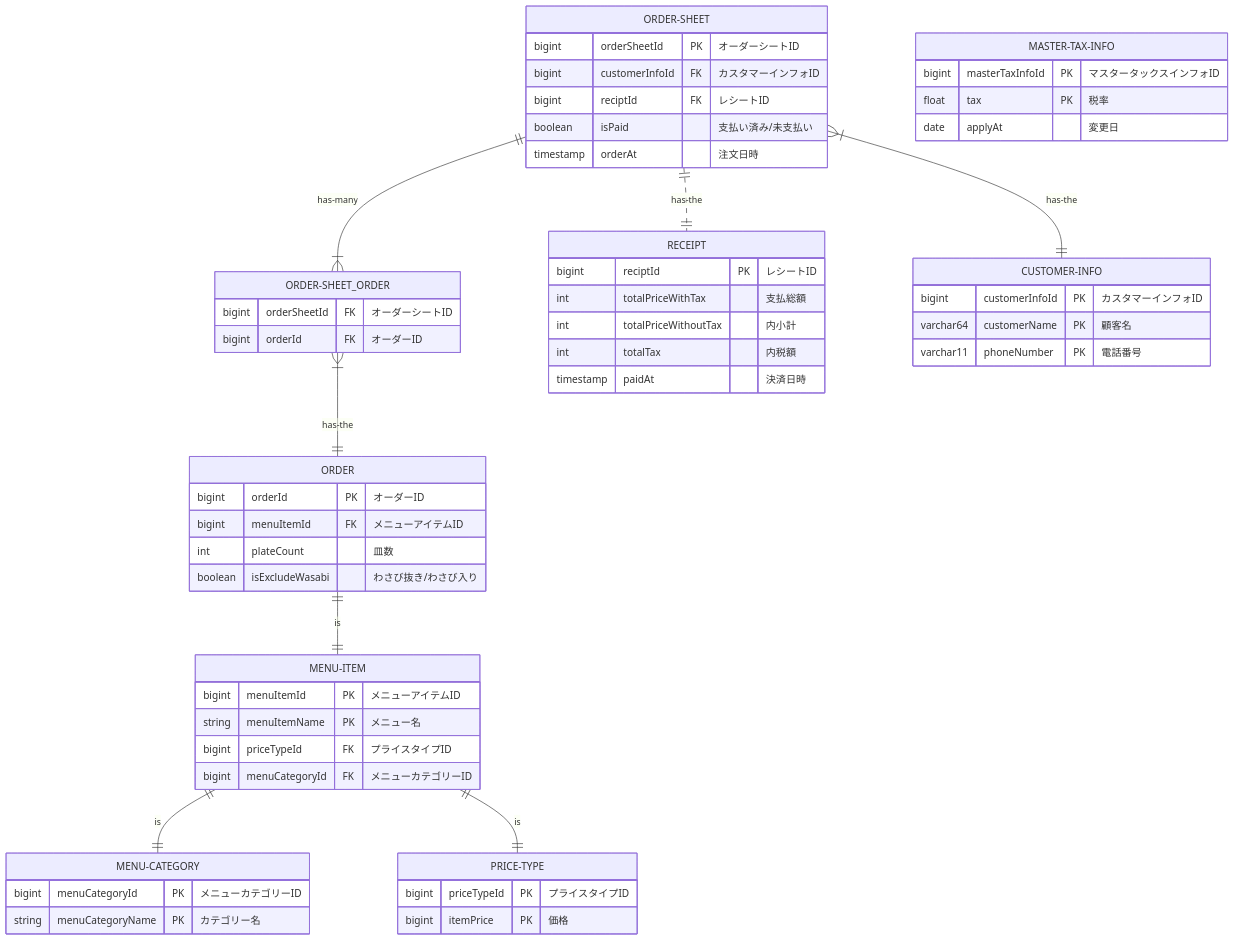
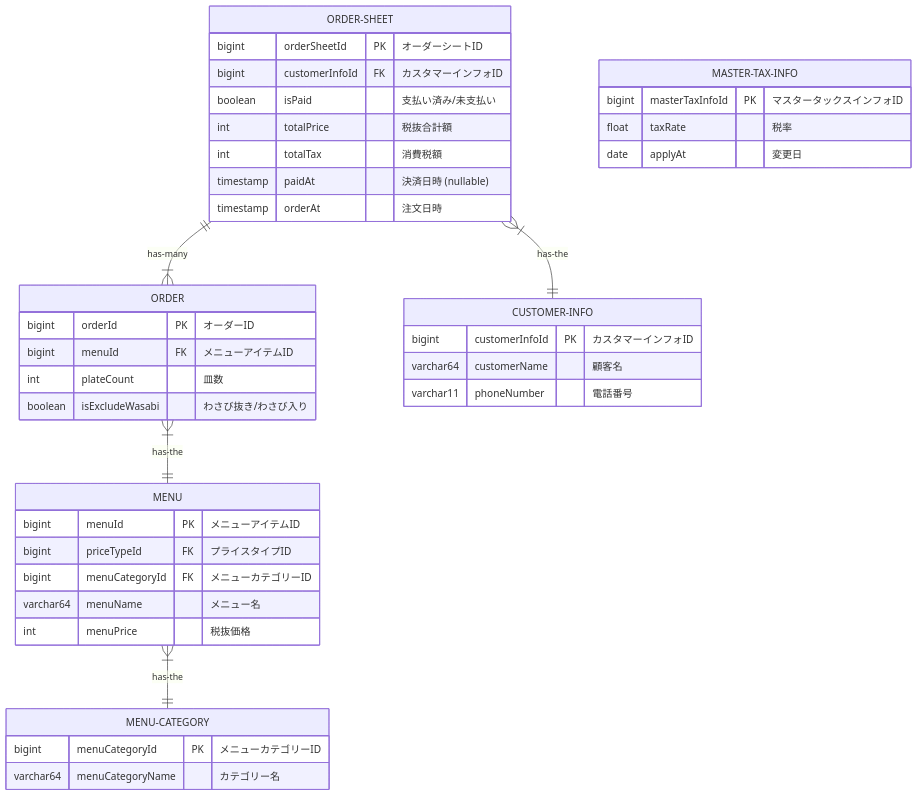
One commit to junseinagao/praha-challenge changed the first of 2 diagrams in データベース設計/DBモデリング1/課題1.md. Above: the diagram before and after it, drawn with Mermaid. The commit also changed 2 other files, not shown here.

Commit message:
[DBモデリング1] 修正

````diff
--- a/データベース設計/DBモデリング1/課題1.md
+++ b/データベース設計/DBモデリング1/課題1.md
@@ -5,67 +5,49 @@
 ```mermaid
 erDiagram
-    ORDER-SHEET ||--|{ ORDER-SHEET_ORDER : has-many
-    ORDER-SHEET_ORDER }|--|| ORDER : has-the
-    ORDER-SHEET ||..|| RECEIPT : has-the
+    ORDER-SHEET ||--|{ ORDER : has-many
     ORDER-SHEET }|--|| CUSTOMER-INFO : has-the
-    ORDER ||--|| MENU-ITEM : is
-    MENU-ITEM ||--|| MENU-CATEGORY : is
-    MENU-ITEM ||--|| PRICE-TYPE : is
+    ORDER }|--|| MENU : has-the
+    MENU }|--|| MENU-CATEGORY : has-the
 
     ORDER-SHEET {
         bigint orderSheetId PK "オーダーシートID"
         bigint customerInfoId FK "カスタマーインフォID"
-        bigint reciptId FK "レシートID"
         boolean isPaid "支払い済み/未支払い"
+        int totalPrice "税抜合計額"
+        int totalTax "消費税額"
+        timestamp paidAt "決済日時 (nullable)"
         timestamp orderAt "注文日時"
-    }
-
-    RECEIPT {
-        bigint reciptId PK "レシートID"
-        int totalPriceWithTax "支払総額"
-        int totalPriceWithoutTax "内小計"
-        int totalTax "内税額"
-        timestamp paidAt "決済日時"
-    }
-
-    ORDER-SHEET_ORDER {
-        bigint orderSheetId FK "オーダーシートID"
-        bigint orderId FK "オーダーID"
     }
 
     ORDER {
         bigint orderId PK "オーダーID"
-        bigint menuItemId FK "メニューアイテムID"
+        bigint menuId FK "メニューアイテムID"
         int plateCount "皿数"
         boolean isExcludeWasabi "わさび抜き/わさび入り"
     }
 
-    MENU-ITEM {
-        bigint menuItemId PK "メニューアイテムID"
-        string menuItemName PK "メニュー名"
+    MENU {
+        bigint menuId PK "メニューアイテムID"
         bigint priceTypeId FK "プライスタイプID"
         bigint menuCategoryId FK "メニューカテゴリーID"
-    }
-
-    PRICE-TYPE {
-        bigint priceTypeId PK "プライスタイプID"
-        bigint itemPrice PK "価格"
+        varchar64 menuName "メニュー名"
+        int menuPrice "税抜価格"
     }
 
     MENU-CATEGORY {
         bigint menuCategoryId PK "メニューカテゴリーID"
-        string menuCategoryName PK "カテゴリー名"
+        varchar64 menuCategoryName "カテゴリー名"
     }
 
     CUSTOMER-INFO {
         bigint customerInfoId PK "カスタマーインフォID"
-        varchar64 customerName PK "顧客名"
-        varchar11 phoneNumber PK "電話番号"
+        varchar64 customerName "顧客名"
+        varchar11 phoneNumber "電話番号"
     }
 
     MASTER-TAX-INFO {
         bigint masterTaxInfoId PK "マスタータックスインフォID"
-        float tax PK "税率"
+        float taxRate "税率"
         date applyAt "変更日"
     }
 ```
````
